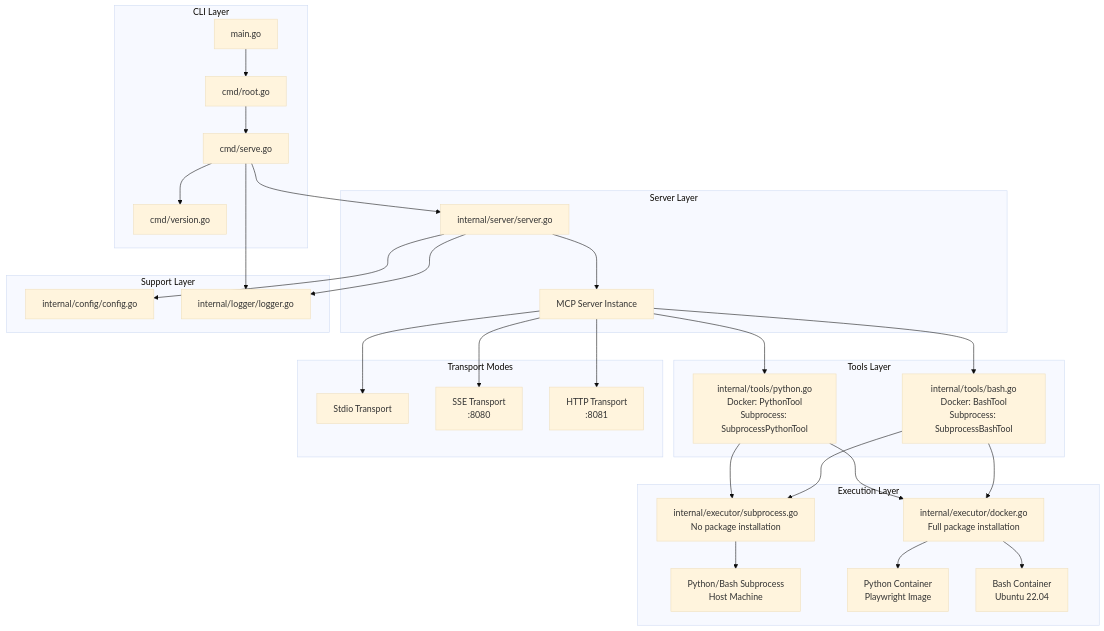
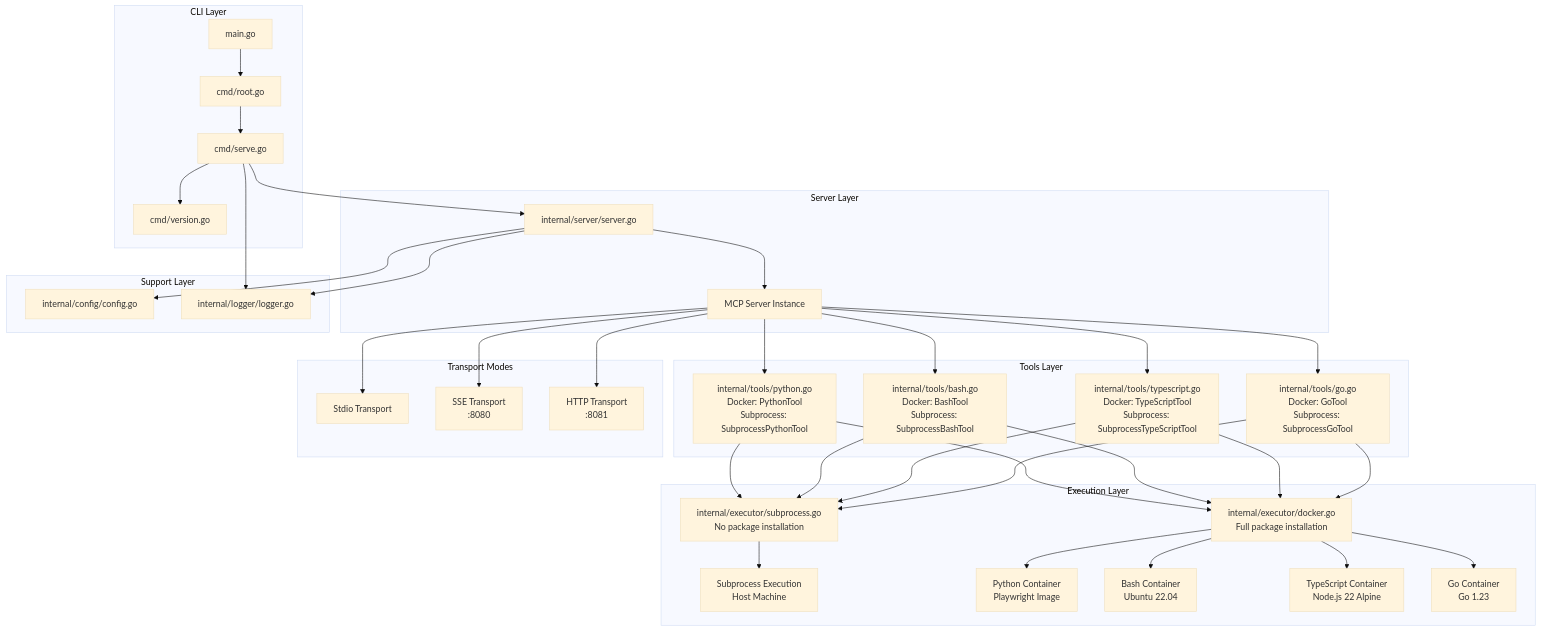
Before and after one commit to ylchen07/mcp-executor: the diagram in README.md, drawn with Mermaid (base theme). The commit also changed other lines of this file, not shown here.

First line of the commit message:
docs(readme): update documentation for TypeScript and Go support

````diff
--- a/README.md
+++ b/README.md
@@ -375,40 +489,48 @@
 ```mermaid
 graph TB
     subgraph "CLI Layer"
         A[main.go] --> B[cmd/root.go]
         B --> C[cmd/serve.go]
         C --> D[cmd/version.go]
     end
 
     subgraph "Server Layer"
         C --> E[internal/server/server.go]
         E --> F[MCP Server Instance]
     end
 
     subgraph "Tools Layer"
         F --> G[internal/tools/python.go<br/>Docker: PythonTool<br/>Subprocess: SubprocessPythonTool]
         F --> H[internal/tools/bash.go<br/>Docker: BashTool<br/>Subprocess: SubprocessBashTool]
+        F --> TS[internal/tools/typescript.go<br/>Docker: TypeScriptTool<br/>Subprocess: SubprocessTypeScriptTool]
+        F --> GO[internal/tools/go.go<br/>Docker: GoTool<br/>Subprocess: SubprocessGoTool]
     end
 
     subgraph "Execution Layer"
         G --> I[internal/executor/subprocess.go<br/>No package installation]
         G --> I2[internal/executor/docker.go<br/>Full package installation]
         H --> I
         H --> I2
-        I --> J[Python/Bash Subprocess<br/>Host Machine]
+        TS --> I
+        TS --> I2
+        GO --> I
+        GO --> I2
+        I --> J[Subprocess Execution<br/>Host Machine]
         I2 --> K[Python Container<br/>Playwright Image]
         I2 --> L[Bash Container<br/>Ubuntu 22.04]
+        I2 --> TSC[TypeScript Container<br/>Node.js 22 Alpine]
+        I2 --> GOC[Go Container<br/>Go 1.23]
     end
 
     subgraph "Support Layer"
         E --> M[internal/config/config.go]
         E --> N[internal/logger/logger.go]
         C --> N
     end
 
     subgraph "Transport Modes"
         F --> O[Stdio Transport]
         F --> P[SSE Transport<br/>:8080]
         F --> Q[HTTP Transport<br/>:8081]
     end
 ```
````
